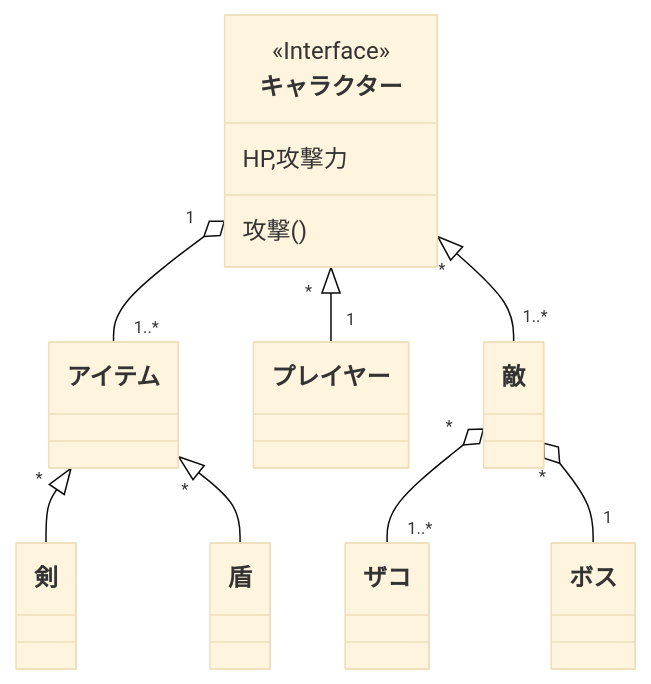
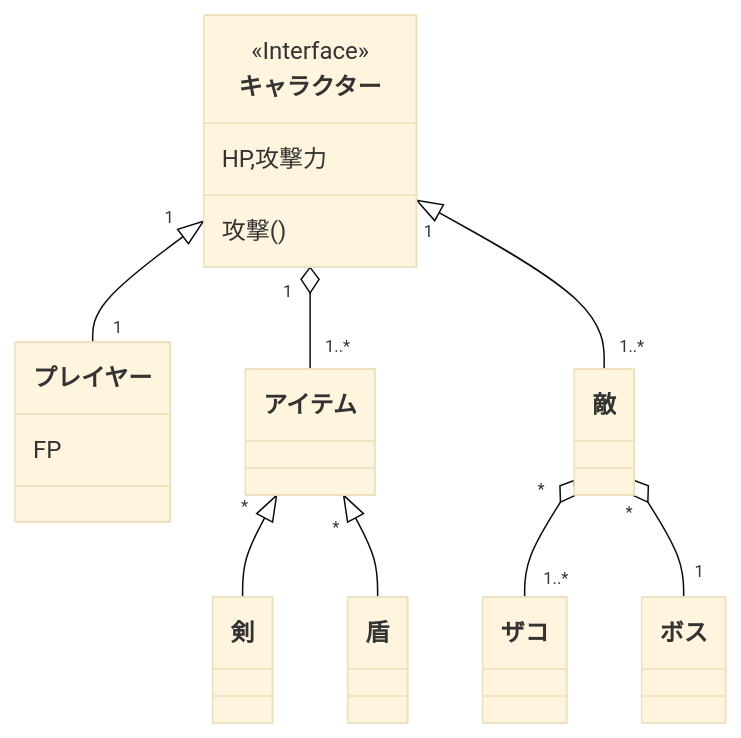
The third of 3 diagrams in README.md (tpu-game-2023/mermaid_test), drawn with Mermaid (base theme) before and after one commit.

````diff
--- a/README.md
+++ b/README.md
@@ -69,15 +69,16 @@
 ```mermaid
 classDiagram
 direction TD
 class キャラクター
    <<Interface>> キャラクター
     キャラクター: HP,攻撃力
     キャラクター: 攻撃()
+    プレイヤー : FP
     キャラクター "1" o-- "1..*" アイテム
     アイテム "*" <|-- 剣
     アイテム "*" <|-- 盾
-    キャラクター "*" <|-- "1" プレイヤー
-    キャラクター "*" <|-- "1..*" 敵
+    キャラクター "1" <|-- "1" プレイヤー
+    キャラクター "1" <|-- "1..*" 敵
     敵 "*" o-- "1..*" ザコ
     敵 "*" o-- "1" ボス
 ```
````
